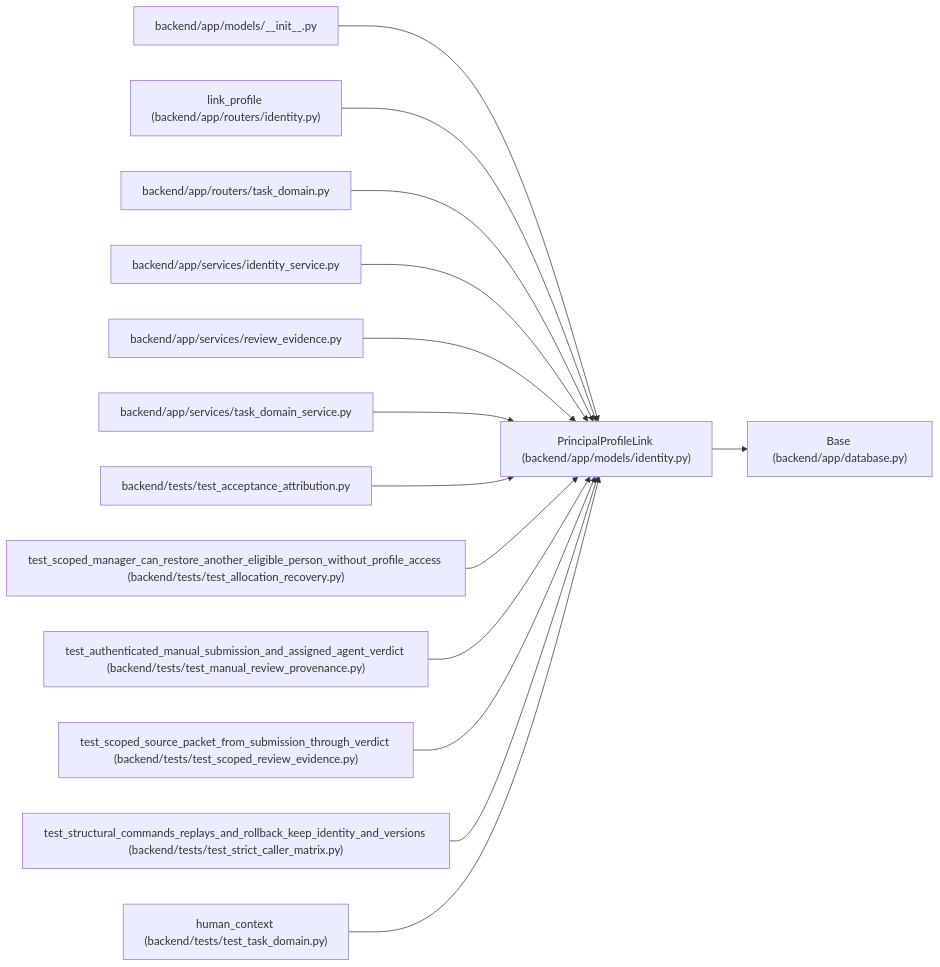
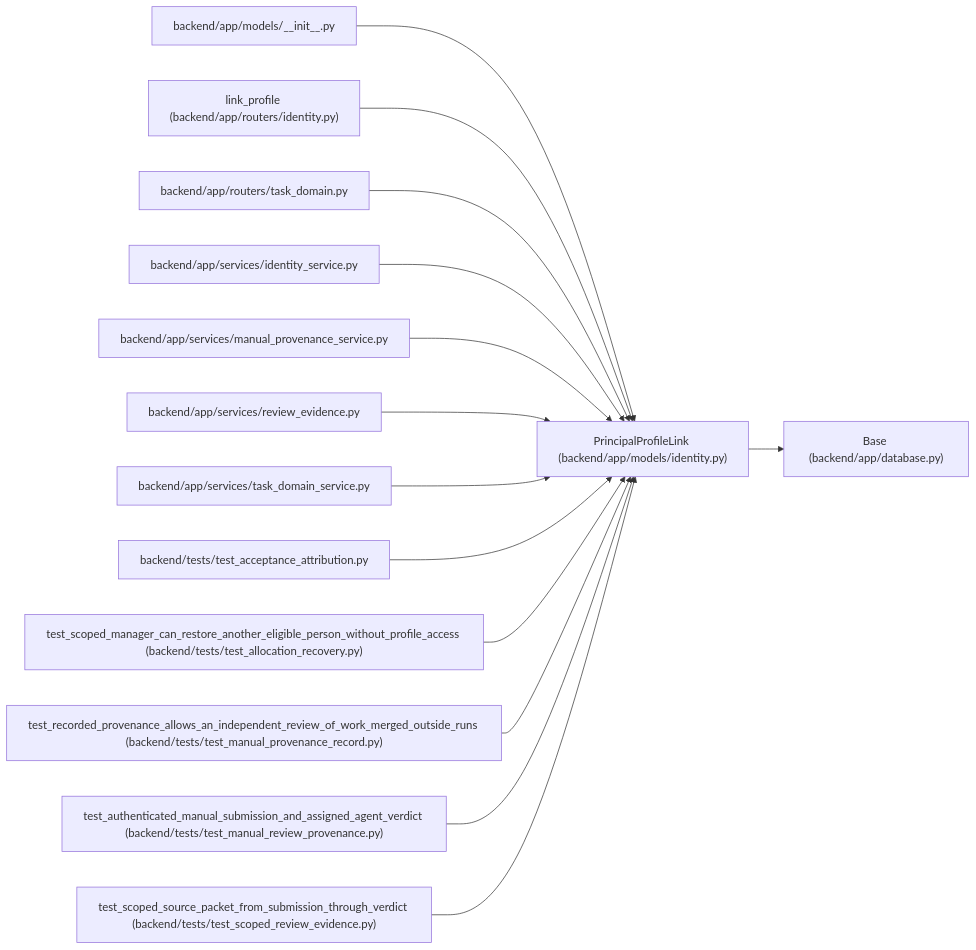
One commit to Denissvgn/WorkChord changed the diagram in docs/llm_wiki/entities/PrincipalProfileLink.md. Above: the diagram before and after it, drawn with Mermaid. The commit also changed other lines of this file and 880 other files, not shown here.

Commit message:
Sync the architectural wiki for manual execution provenance

````diff
--- a/docs/llm_wiki/entities/PrincipalProfileLink.md
+++ b/docs/llm_wiki/entities/PrincipalProfileLink.md
@@ -28,44 +28,44 @@
 ```mermaid
 flowchart LR
     n0["PrincipalProfileLink (backend/app/models/identity.py)"]
     n1["Base (backend/app/database.py)"]
     n2["backend/app/models/__init__.py"]
     n3["link_profile (backend/app/routers/identity.py)"]
     n4["backend/app/routers/task_domain.py"]
     n5["backend/app/services/identity_service.py"]
-    n6["backend/app/services/review_evidence.py"]
-    n7["backend/app/services/task_domain_service.py"]
-    n8["backend/tests/test_acceptance_attribution.py"]
-    n9["test_scoped_manager_can_restore_another_eligible_person_without_profile_access (backend/tests/test_allocation_recovery.py)"]
-    n10["test_authenticated_manual_submission_and_assigned_agent_verdict (backend/tests/test_manual_review_provenance.py)"]
-    n11["test_scoped_source_packet_from_submission_through_verdict (backend/tests/test_scoped_review_evidence.py)"]
-    n12["test_structural_commands_replays_and_rollback_keep_identity_and_versions (backend/tests/test_strict_caller_matrix.py)"]
-    n13["human_context (backend/tests/test_task_domain.py)"]
+    n6["backend/app/services/manual_provenance_service.py"]
+    n7["backend/app/services/review_evidence.py"]
+    n8["backend/app/services/task_domain_service.py"]
+    n9["backend/tests/test_acceptance_attribution.py"]
+    n10["test_scoped_manager_can_restore_another_eligible_person_without_profile_access (backend/tests/test_allocation_recovery.py)"]
+    n11["test_recorded_provenance_allows_an_independent_review_of_work_merged_outside_runs (backend/tests/test_manual_provenance_record.py)"]
+    n12["test_authenticated_manual_submission_and_assigned_agent_verdict (backend/tests/test_manual_review_provenance.py)"]
+    n13["test_scoped_source_packet_from_submission_through_verdict (backend/tests/test_scoped_review_evidence.py)"]
     n0 --> n1
     n2 --> n0
     n3 --> n0
     n4 --> n0
     n5 --> n0
     n6 --> n0
     n7 --> n0
     n8 --> n0
     n9 --> n0
     n10 --> n0
     n11 --> n0
     n12 --> n0
     n13 --> n0
     click n0 "../modules/models_identity.md"
     click n1 "../modules/app_database.md"
     click n2 "../modules/models___init__.md"
     click n3 "../modules/routers_identity.md"
     click n4 "../modules/routers_task_domain.md"
     click n5 "../modules/identity_service.md"
-    click n6 "../modules/services_review_evidence.md"
-    click n7 "../modules/task_domain_service.md"
-    click n8 "../modules/test_acceptance_attribution.md"
-    click n9 "../modules/test_allocation_recovery.md"
-    click n10 "../modules/test_manual_review_provenance.md"
-    click n11 "../modules/test_scoped_review_evidence.md"
-    click n12 "../modules/test_strict_caller_matrix.md"
-    click n13 "../modules/test_task_domain.md"
+    click n6 "../modules/manual_provenance_service.md"
+    click n7 "../modules/services_review_evidence.md"
+    click n8 "../modules/task_domain_service.md"
+    click n9 "../modules/test_acceptance_attribution.md"
+    click n10 "../modules/test_allocation_recovery.md"
+    click n11 "../modules/test_manual_provenance_record.md"
+    click n12 "../modules/test_manual_review_provenance.md"
+    click n13 "../modules/test_scoped_review_evidence.md"
 ```
````
